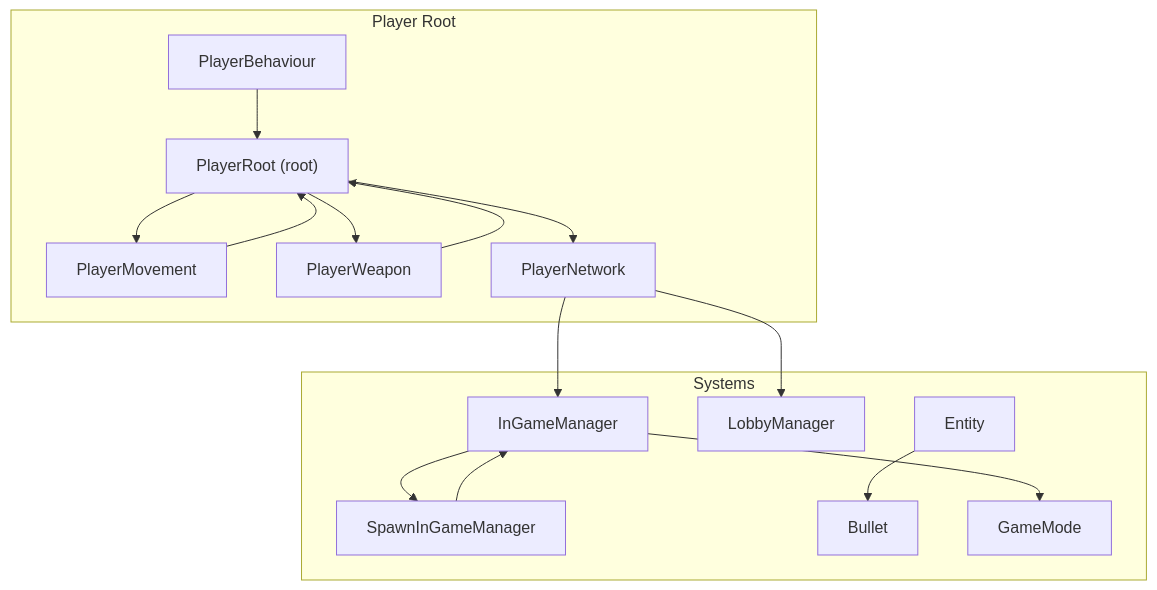
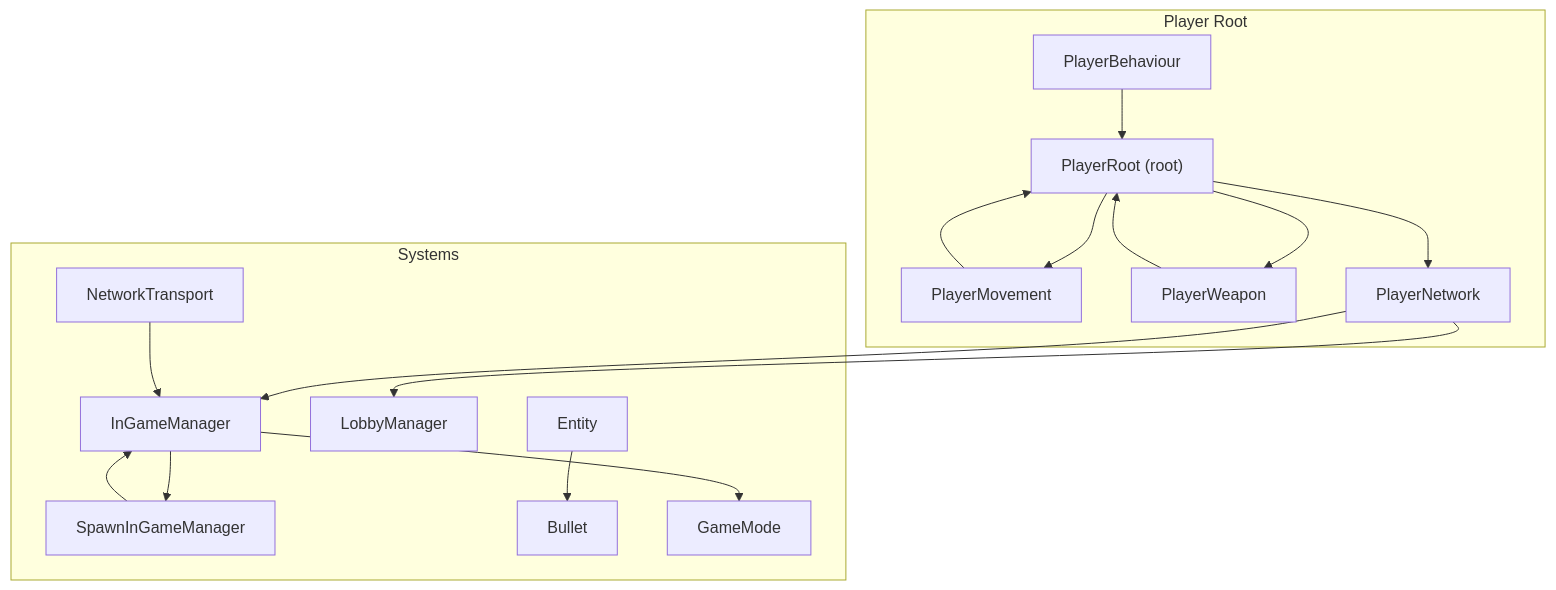
Before and after one commit to kandeng/AI-Controlled-battle-game: the first of 8 diagrams in .qoder/repowiki/en/content/Multiplayer System/Networking Architecture/Networking Architecture.md, drawn with Mermaid. The commit also changed other lines of this file and 376 other files, not shown here.

````diff
--- a/.qoder/repowiki/en/content/Multiplayer System/Networking Architecture/Networking Architecture.md
+++ b/.qoder/repowiki/en/content/Multiplayer System/Networking Architecture/Networking Architecture.md
@@ -42,30 +47,32 @@
 ```mermaid
 graph TB
 subgraph "Player Root"
 PR["PlayerRoot (root)"]
 PM["PlayerMovement"]
 PW["PlayerWeapon"]
 PN["PlayerNetwork"]
 PB["PlayerBehaviour"]
 end
 subgraph "Systems"
 IG["InGameManager"]
 SIM["SpawnInGameManager"]
 LM["LobbyManager"]
 EN["Entity"]
 BL["Bullet"]
 GM["GameMode"]
+NT["NetworkTransport"]
 end
 PR --> PM
 PR --> PW
 PR --> PN
 PB --> PR
 PN --> IG
 PN --> LM
 PM --> PR
 PW --> PR
 EN --> BL
 IG --> SIM
 IG --> GM
 SIM --> IG
+NT --> IG
 ```
````
